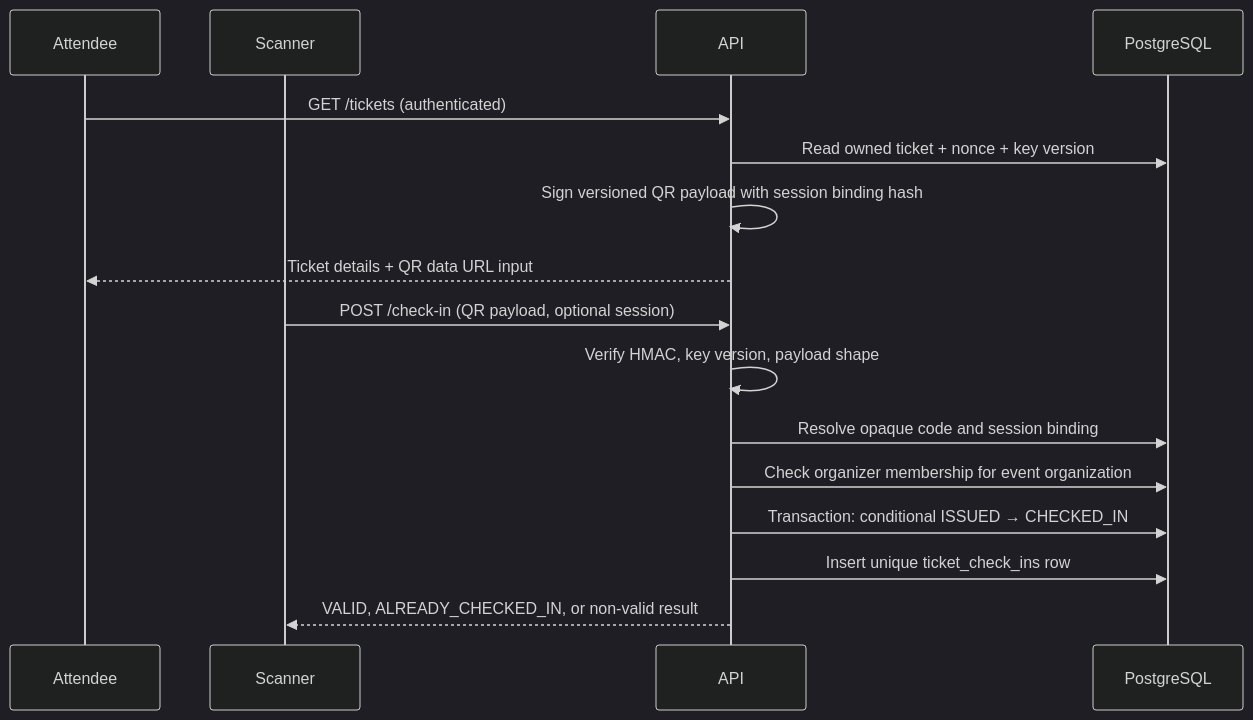
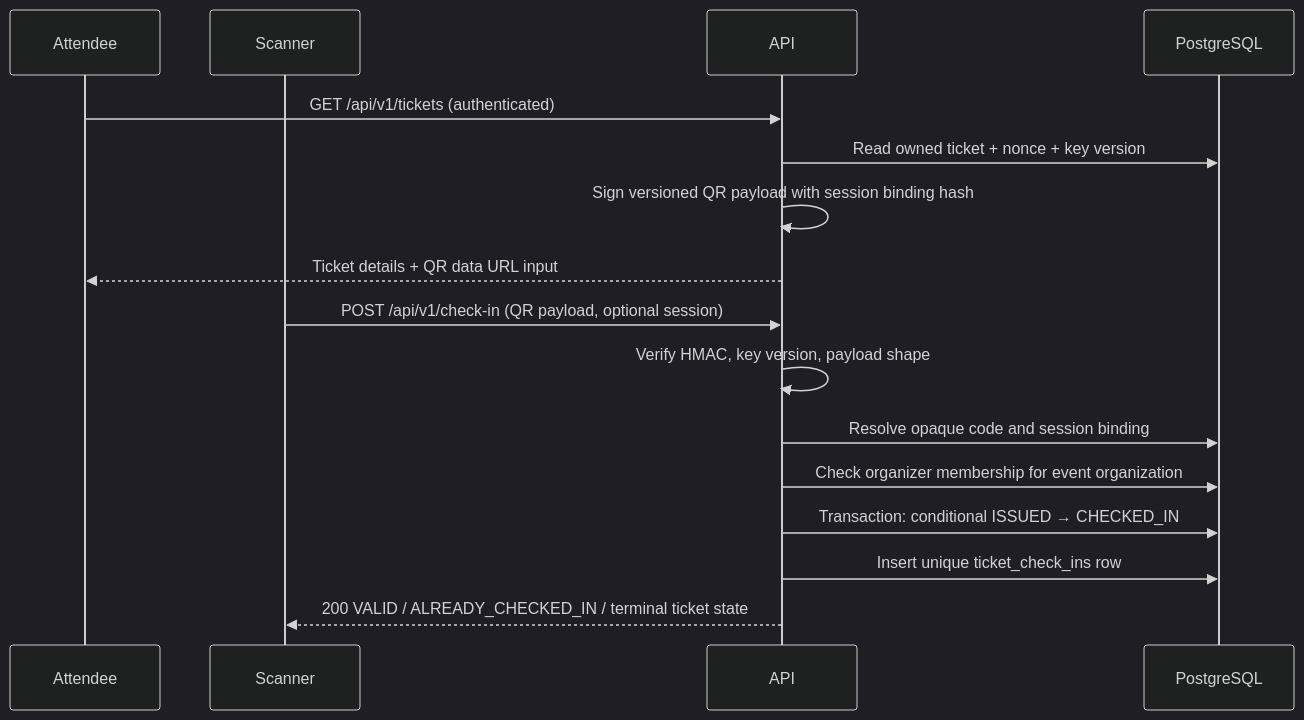
One commit to JasonTM17/Eventory changed the diagram in docs/architecture/check-in-sequence.md. Above: the diagram before and after it, drawn with Mermaid (dark theme). The commit also changed other lines of this file and 34 other files, not shown here.

````diff
--- a/docs/architecture/check-in-sequence.md
+++ b/docs/architecture/check-in-sequence.md
@@ -3,20 +3,20 @@
 ```mermaid
 sequenceDiagram
   participant Attendee
   participant Scanner
   participant API
   participant DB as PostgreSQL
 
-  Attendee->>API: GET /tickets (authenticated)
+  Attendee->>API: GET /api/v1/tickets (authenticated)
   API->>DB: Read owned ticket + nonce + key version
   API->>API: Sign versioned QR payload with session binding hash
   API-->>Attendee: Ticket details + QR data URL input
 
-  Scanner->>API: POST /check-in (QR payload, optional session)
+  Scanner->>API: POST /api/v1/check-in (QR payload, optional session)
   API->>API: Verify HMAC, key version, payload shape
   API->>DB: Resolve opaque code and session binding
   API->>DB: Check organizer membership for event organization
   API->>DB: Transaction: conditional ISSUED → CHECKED_IN
   API->>DB: Insert unique ticket_check_ins row
-  API-->>Scanner: VALID, ALREADY_CHECKED_IN, or non-valid result
+  API-->>Scanner: 200 VALID / ALREADY_CHECKED_IN / terminal ticket state
 ```
````
